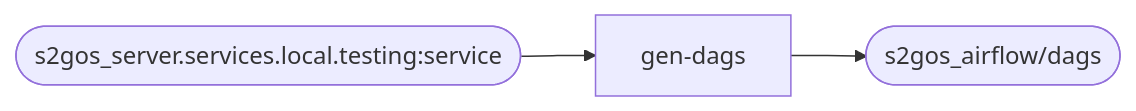
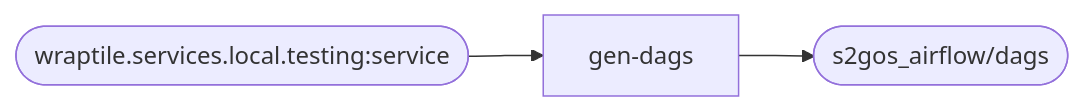
The sixth of 6 diagrams in docs/architecture.md (eo-tools/eozilla), drawn with Mermaid before and after one commit. The commit also changed other lines of this file and 44 other files, not shown here.

Commit message:
renamed `s2gos_server` into `wraptile`

````diff
--- a/docs/architecture.md
+++ b/docs/architecture.md
@@ -240,11 +240,11 @@
 ```mermaid
 ---
 config:
   theme: default
 ---
 flowchart LR
-    local_service@{ shape: stadium, label: "s2gos_server.services.local.testing:service" }
+    local_service@{ shape: stadium, label: "wraptile.services.local.testing:service" }
     dags@{ shape: stadium, label: "s2gos_airflow/dags" }
     local_service --> gen-dags
     gen-dags --> dags
 ```
````
